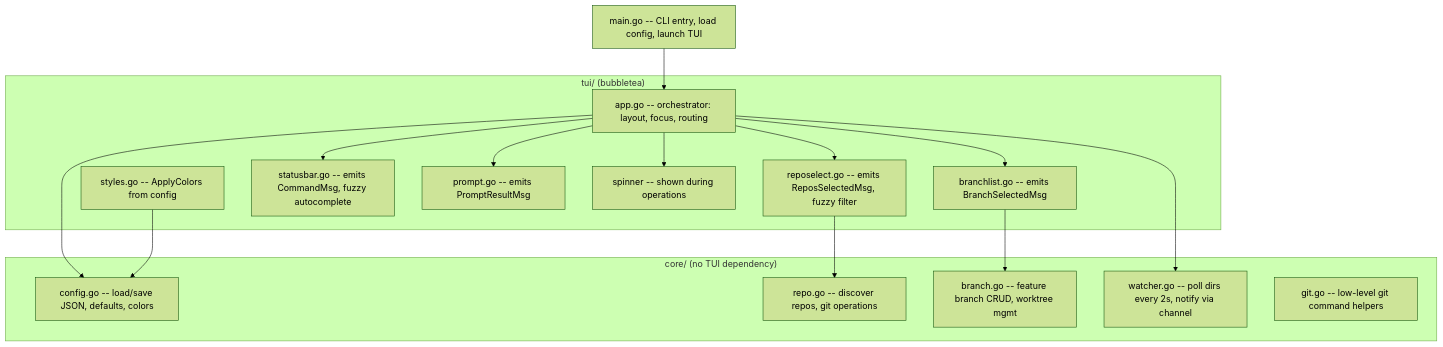
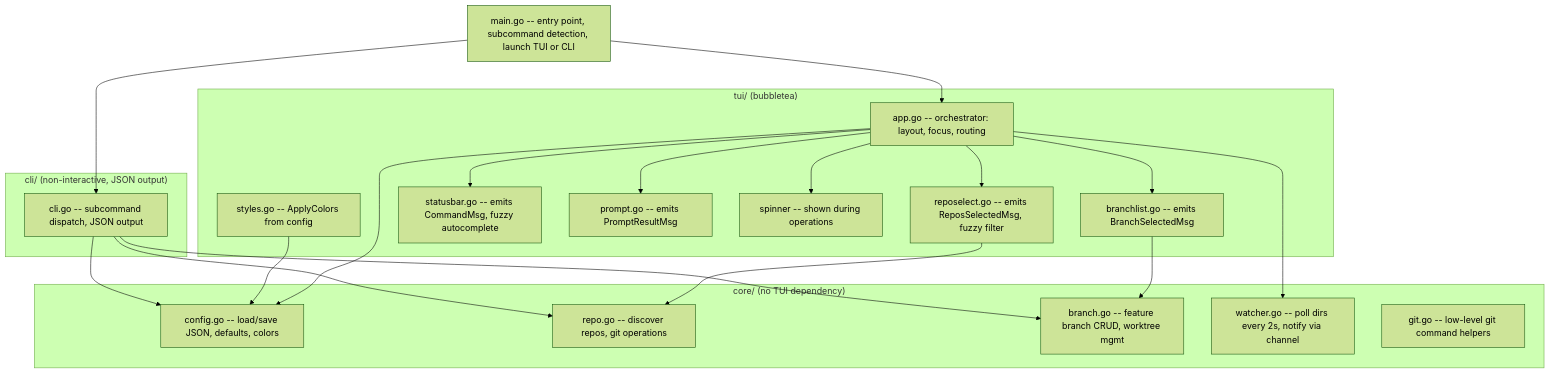
One commit to alexiezhov/wtman changed the first of 2 diagrams in .dev/plan.md. Above: the diagram before and after it, drawn with Mermaid (forest theme). The commit also changed other lines of this file and 3 other files, not shown here.

````diff
--- a/.dev/plan.md
+++ b/.dev/plan.md
@@ -12,31 +12,38 @@
 ```mermaid
 graph TD
     subgraph core ["core/ (no TUI dependency)"]
         Config["config.go -- load/save JSON, defaults, colors"]
         Repo["repo.go -- discover repos, git operations"]
         Branch["branch.go -- feature branch CRUD, worktree mgmt"]
         Watcher["watcher.go -- poll dirs every 2s, notify via channel"]
         Git["git.go -- low-level git command helpers"]
     end
     subgraph tui ["tui/ (bubbletea)"]
         App["app.go -- orchestrator: layout, focus, routing"]
         BranchList["branchlist.go -- emits BranchSelectedMsg"]
         RepoSelect["reposelect.go -- emits ReposSelectedMsg, fuzzy filter"]
         StatusBar["statusbar.go -- emits CommandMsg, fuzzy autocomplete"]
         Prompt["prompt.go -- emits PromptResultMsg"]
         Spinner["spinner -- shown during operations"]
         Styles["styles.go -- ApplyColors from config"]
     end
-    Main["main.go -- CLI entry, load config, launch TUI"]
+    subgraph cliPkg ["cli/ (non-interactive, JSON output)"]
+        CLI["cli.go -- subcommand dispatch, JSON output"]
+    end
+    Main["main.go -- entry point, subcommand detection, launch TUI or CLI"]
     Main --> App
+    Main --> CLI
     App --> BranchList
     App --> RepoSelect
     App --> StatusBar
     App --> Prompt
     App --> Spinner
     BranchList --> Branch
     RepoSelect --> Repo
     App --> Config
     App --> Watcher
     Styles --> Config
+    CLI --> Branch
+    CLI --> Repo
+    CLI --> Config
 ```
````
